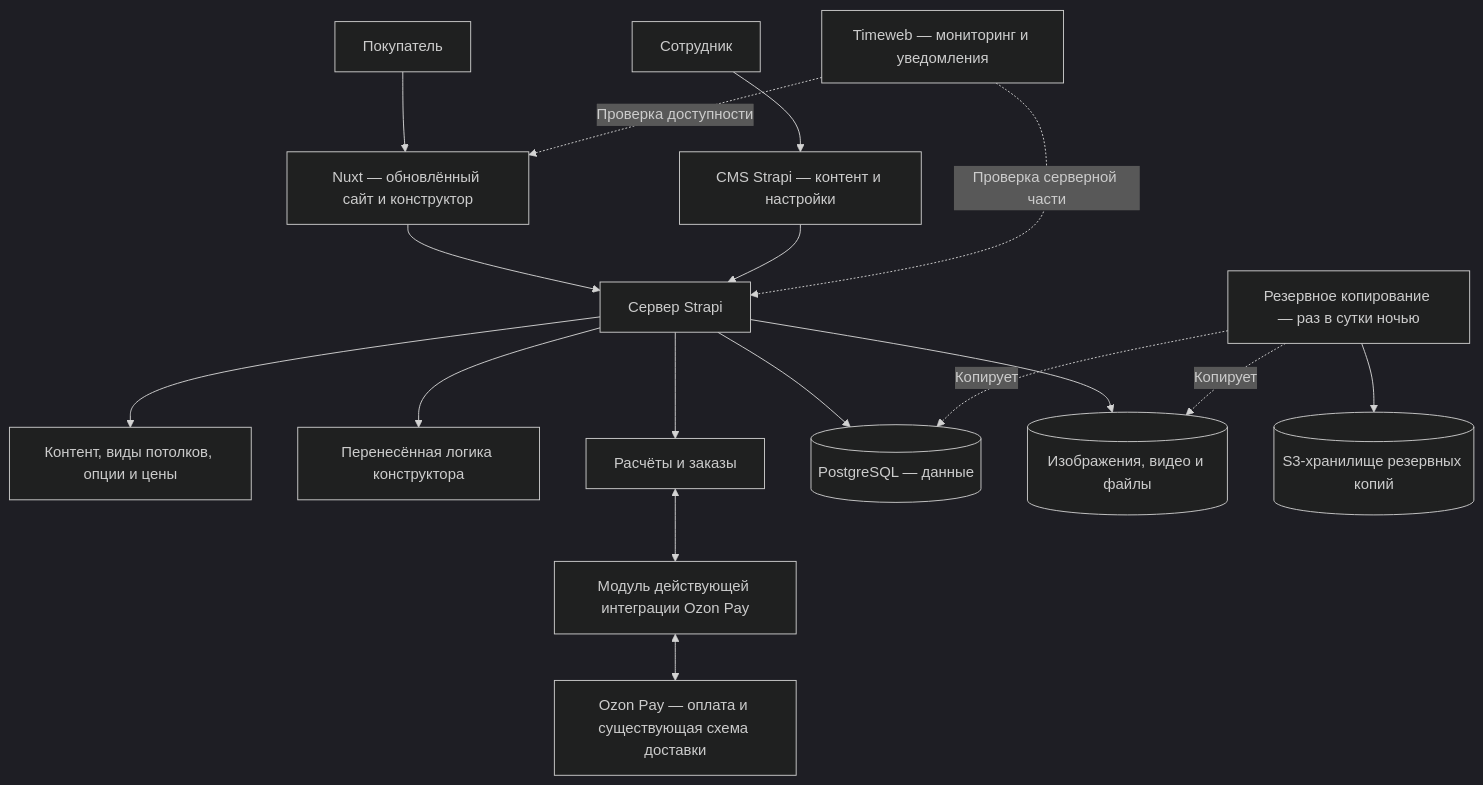
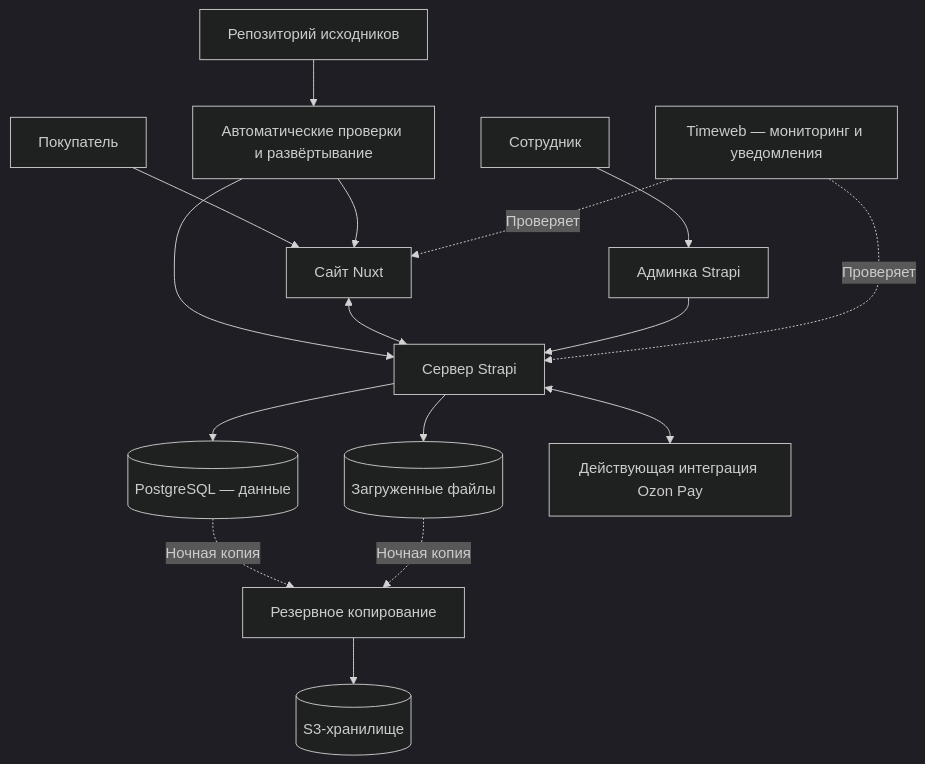
The diagram in docs/spec/architecture.md (ValentinAlekhin/krazburg-spec), drawn with Mermaid (dark theme) before and after one commit. The commit also changed other lines of this file and 16 other files, not shown here.

Commit message:
Simplify specification to CMS and Nuxt migration

````diff
--- a/docs/spec/architecture.md
+++ b/docs/spec/architecture.md
@@ -7,19 +9,18 @@
 ```mermaid
 flowchart TB
-  Buyer[Покупатель] --> Nuxt[Nuxt — обновлённый сайт и конструктор]
-  Staff[Сотрудник] --> Admin[CMS Strapi — контент и настройки]
-  Nuxt --> Backend[Сервер Strapi]
-  Admin --> Backend
-  Backend --> Content[Контент, виды потолков, опции и цены]
-  Backend --> Calc[Перенесённая логика конструктора]
-  Backend --> Orders[Расчёты и заказы]
-  Orders <--> Payment[Модуль действующей интеграции Ozon Pay]
-  Payment <--> Ozon[Ozon Pay — оплата и существующая схема доставки]
-  Backend --> DB[(PostgreSQL — данные)]
-  Backend --> Files[(Изображения, видео и файлы)]
-  Monitor[Timeweb — мониторинг и уведомления] -. Проверка доступности .-> Nuxt
-  Monitor -. Проверка серверной части .-> Backend
-  Backup[Резервное копирование — раз в сутки ночью] -. Копирует .-> DB
-  Backup -. Копирует .-> Files
-  Backup --> Storage[(S3-хранилище резервных копий)]
+  Buyer[Покупатель] --> Site[Сайт Nuxt]
+  Staff[Сотрудник] --> Admin[Админка Strapi]
+  Code[Репозиторий исходников] --> Pipeline[Автоматические проверки и развёртывание]
+  Pipeline --> Site
+  Pipeline --> Server
+  Site <--> Server[Сервер Strapi]
+  Admin --> Server
+  Server --> DB[(PostgreSQL — данные)]
+  Server --> Files[(Загруженные файлы)]
+  Server <--> Ozon[Действующая интеграция Ozon Pay]
+  Monitor[Timeweb — мониторинг и уведомления] -. Проверяет .-> Site
+  Monitor -. Проверяет .-> Server
+  DB -. Ночная копия .-> Backup[Резервное копирование]
+  Files -. Ночная копия .-> Backup
+  Backup --> S3[(S3-хранилище)]
 ```
````
